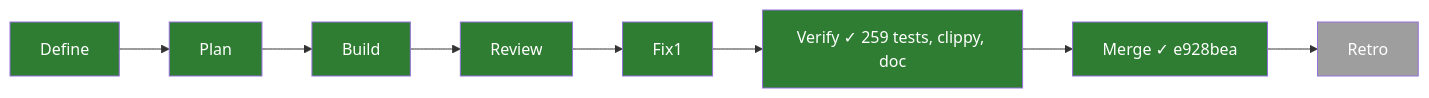
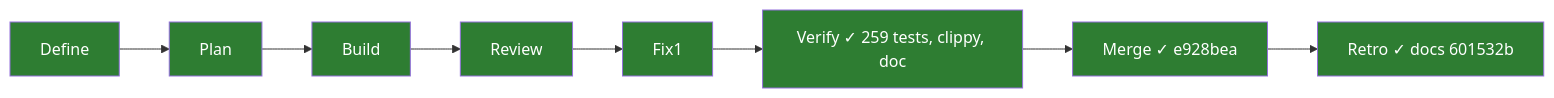
One commit to PaliCanon/search-front changed the diagram in .task/001-v1-front.md. Above: the diagram before and after it, drawn with Mermaid. The commit also changed other lines of this file and 1 other file, not shown here.

Commit message:
chore(task): 001 and 005 retro, sessions archived

````diff
--- a/.task/001-v1-front.md
+++ b/.task/001-v1-front.md
@@ -56,6 +56,6 @@
 ```mermaid
 flowchart LR
-  Define:::done --> Plan:::done --> Build:::done --> Review:::done --> Fix1:::done --> Verify["Verify ✓ 259 tests, clippy, doc"]:::done --> Merge["Merge ✓ e928bea"]:::done --> Retro:::todo
+  Define:::done --> Plan:::done --> Build:::done --> Review:::done --> Fix1:::done --> Verify["Verify ✓ 259 tests, clippy, doc"]:::done --> Merge["Merge ✓ e928bea"]:::done --> Retro["Retro ✓ docs 601532b"]:::done
   classDef done fill:#2e7d32,color:#fff
   classDef todo fill:#9e9e9e,color:#fff
 ```
````
